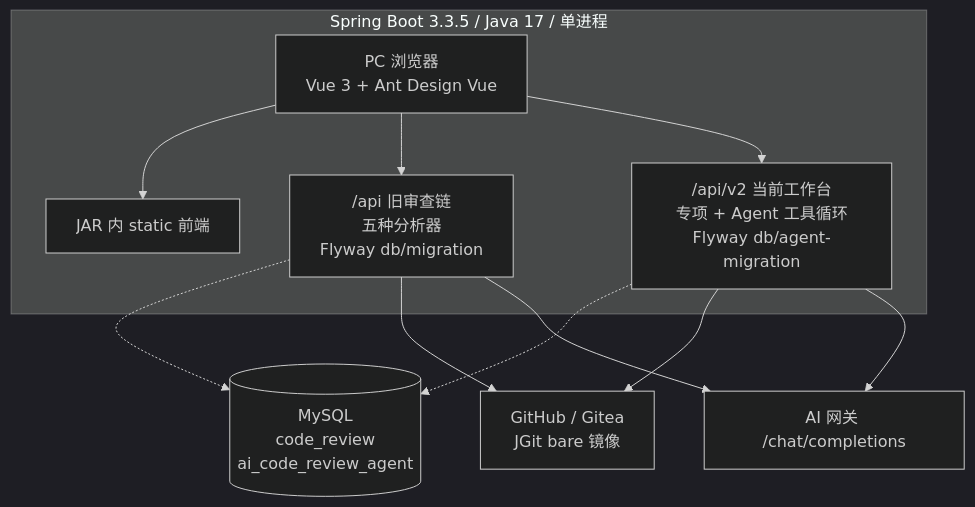
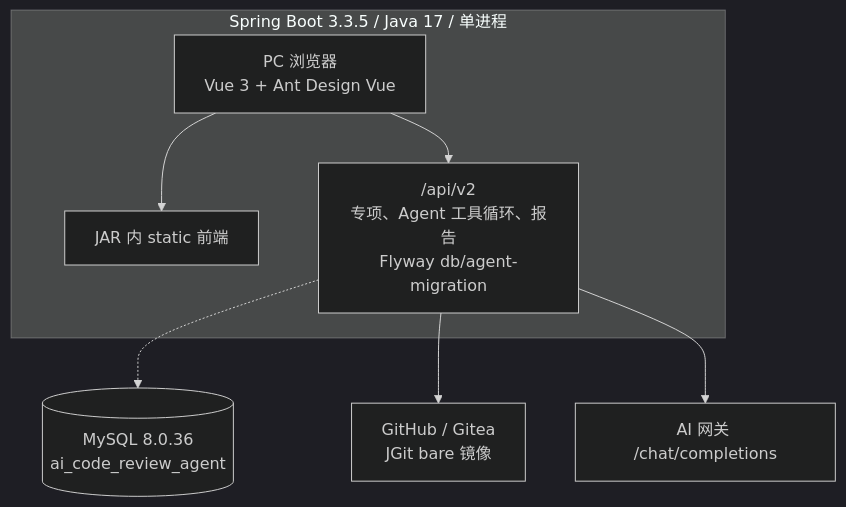
Before and after one commit to bakemonoingithub/codereview: the first of 3 diagrams in docs/delivery/dev-20261013/系统图源.md, drawn with Mermaid (dark theme). The commit also changed other lines of this file and 15 other files, not shown here.

````diff
--- a/docs/delivery/dev-20261013/系统图源.md
+++ b/docs/delivery/dev-20261013/系统图源.md
@@ -17,21 +17,16 @@
 ```mermaid
 flowchart TB
   PC["PC 浏览器<br/>Vue 3 + Ant Design Vue"]
   subgraph APP["Spring Boot 3.3.5 / Java 17 / 单进程"]
     STATIC["JAR 内 static 前端"]
-    OLD["/api 旧审查链<br/>五种分析器<br/>Flyway db/migration"]
-    NEW["/api/v2 当前工作台<br/>专项 + Agent 工具循环<br/>Flyway db/agent-migration"]
+    API["/api/v2<br/>专项、Agent 工具循环、报告<br/>Flyway db/agent-migration"]
     PC --> STATIC
-    PC --> OLD
-    PC --> NEW
+    PC --> API
   end
-  DB[("MySQL<br/>code_review<br/>ai_code_review_agent")]
+  DB[("MySQL 8.0.36<br/>ai_code_review_agent")]
   GIT["GitHub / Gitea<br/>JGit bare 镜像"]
   AI["AI 网关 /chat/completions"]
-  OLD -.-> DB
-  NEW -.-> DB
-  NEW --> GIT
-  OLD --> GIT
-  NEW --> AI
-  OLD --> AI
+  API -.-> DB
+  API --> GIT
+  API --> AI
 ```
````
